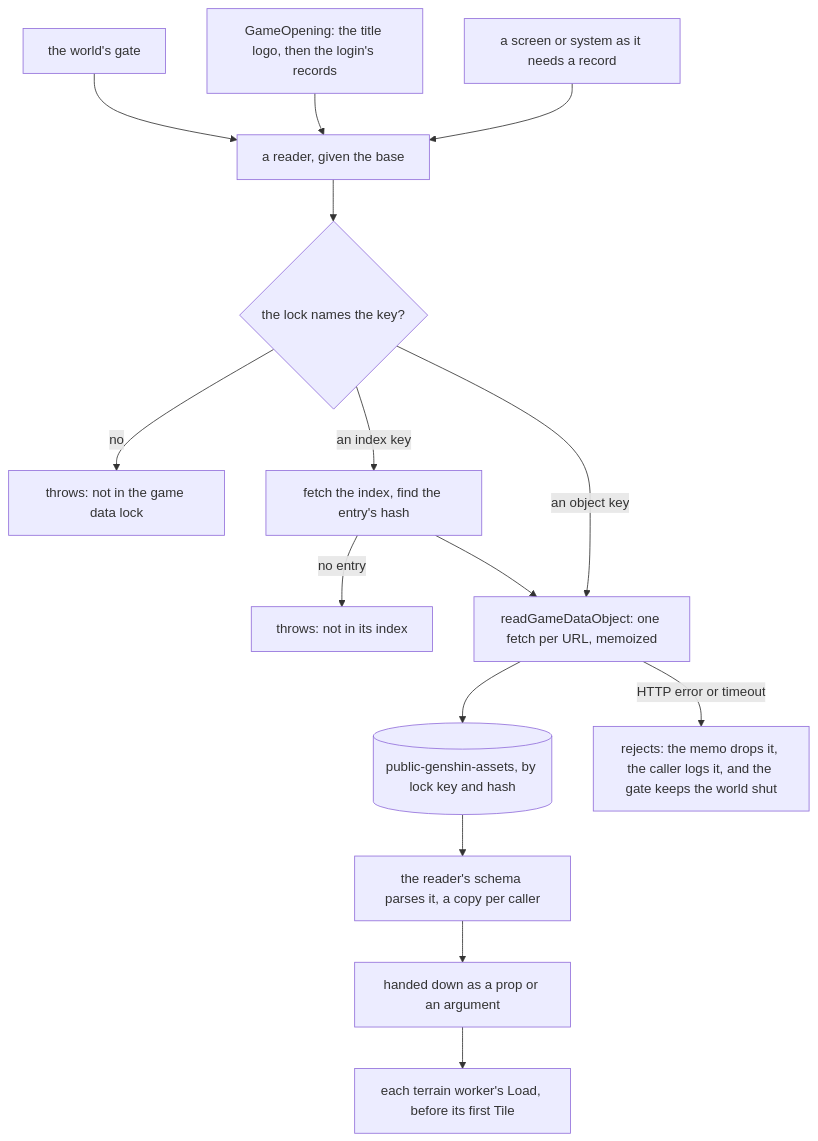
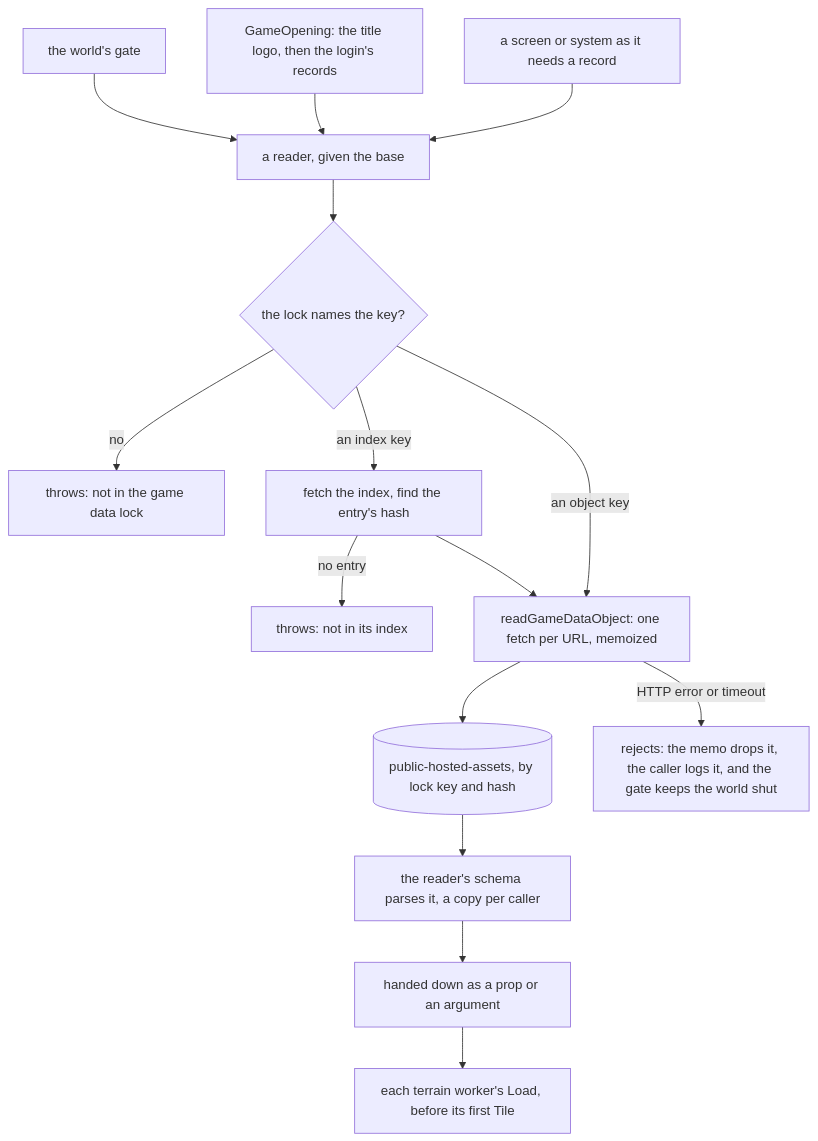
The second of 5 diagrams in openspec/specs/genshin/hosted-game-data/design.md (Esposter/Esposter), drawn with Mermaid before and after one commit. The commit also changed other lines of this file and 17 other files, not shown here.

First line of the commit message:
feat(genshin): Genshin reads its game data from the hosted origin

````diff
--- a/openspec/specs/genshin/hosted-game-data/design.md
+++ b/openspec/specs/genshin/hosted-game-data/design.md
@@ -70,17 +70,17 @@
 ```mermaid
 flowchart TD
   Gate["the world's gate"] --> Reader
   Opening["GameOpening: the title logo, then the login's records"] --> Reader
   Screen["a screen or system as it needs a record"] --> Reader
   Reader["a reader, given the base"] --> Lock{"the lock names the key?"}
   Lock -->|no| Unlocked["throws: not in the game data lock"]
   Lock -->|"an index key"| Index["fetch the index, find the entry's hash"]
   Index -->|"no entry"| Missing["throws: not in its index"]
   Index --> Fetch
   Lock -->|"an object key"| Fetch["readGameDataObject: one fetch per URL, memoized"]
-  Fetch --> Bucket[("public-genshin-assets, by lock key and hash")]
+  Fetch --> Bucket[("public-hosted-assets, by lock key and hash")]
   Bucket --> Schema["the reader's schema parses it, a copy per caller"]
   Schema --> Down["handed down as a prop or an argument"]
   Down --> Worker["each terrain worker's Load, before its first Tile"]
   Fetch -->|"HTTP error or timeout"| Failure["rejects: the memo drops it, the caller logs it, and the gate keeps the world shut"]
 ```
````
